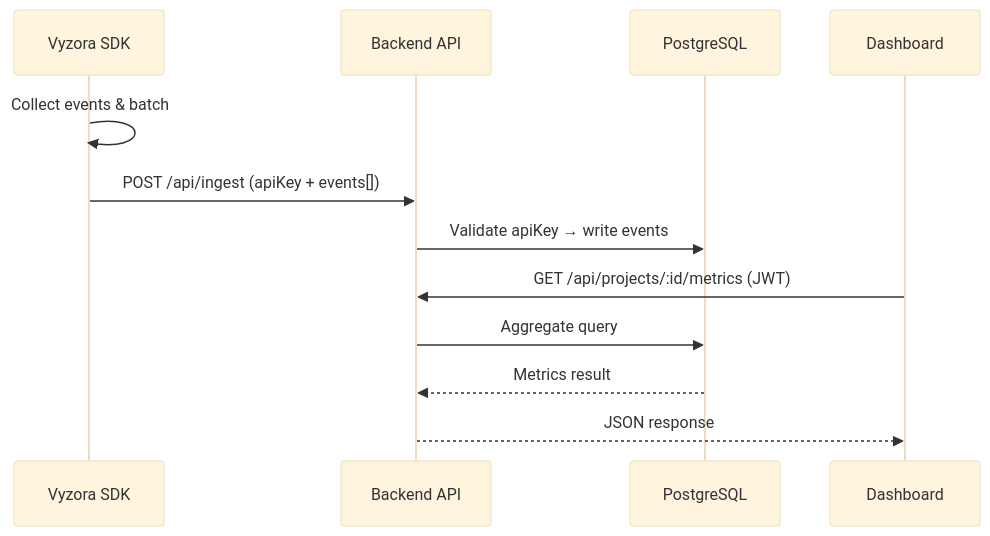
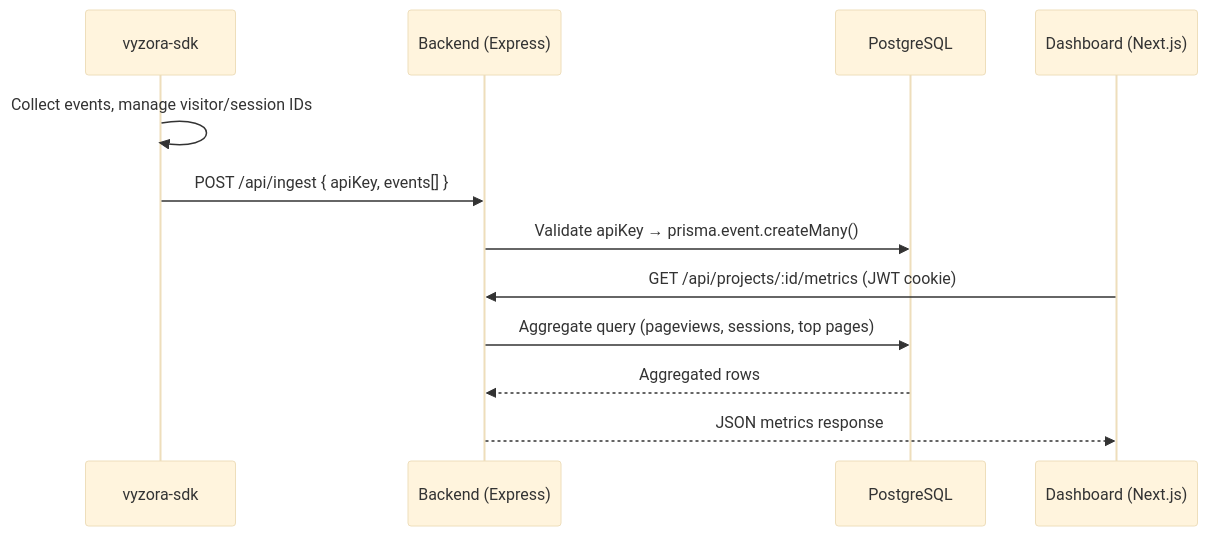
The second of 2 diagrams in README.md (Lancerhawk/Vyzora), drawn with Mermaid (base theme) before and after one commit. The commit also changed other lines of this file and 10 other files, not shown here.

````diff
--- a/README.md
+++ b/README.md
@@ -50,15 +49,15 @@
 ```mermaid
 sequenceDiagram
-    participant SDK as Vyzora SDK
-    participant API as Backend API
+    participant SDK as vyzora-sdk
+    participant API as Backend (Express)
     participant DB as PostgreSQL
-    participant UI as Dashboard
+    participant UI as Dashboard (Next.js)
 
-    SDK->>SDK: Collect events & batch
-    SDK->>API: POST /api/ingest (apiKey + events[])
-    API->>DB: Validate apiKey → write events
-    UI->>API: GET /api/projects/:id/metrics (JWT)
-    API->>DB: Aggregate query
-    DB-->>API: Metrics result
-    API-->>UI: JSON response
+    SDK->>SDK: Collect events, manage visitor/session IDs
+    SDK->>API: POST /api/ingest { apiKey, events[] }
+    API->>DB: Validate apiKey → prisma.event.createMany()
+    UI->>API: GET /api/projects/:id/metrics (JWT cookie)
+    API->>DB: Aggregate query (pageviews, sessions, top pages)
+    DB-->>API: Aggregated rows
+    API-->>UI: JSON metrics response
 ```
````
